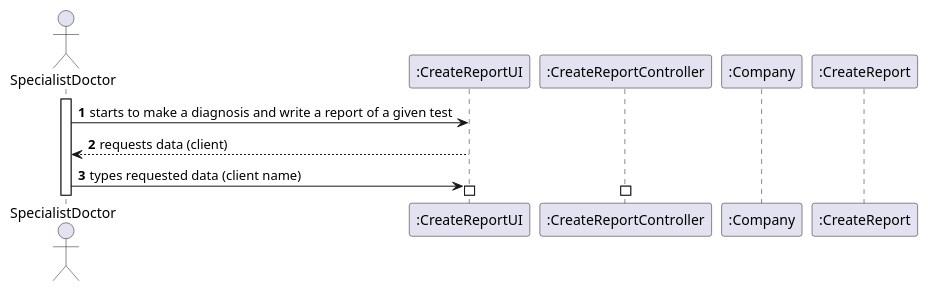
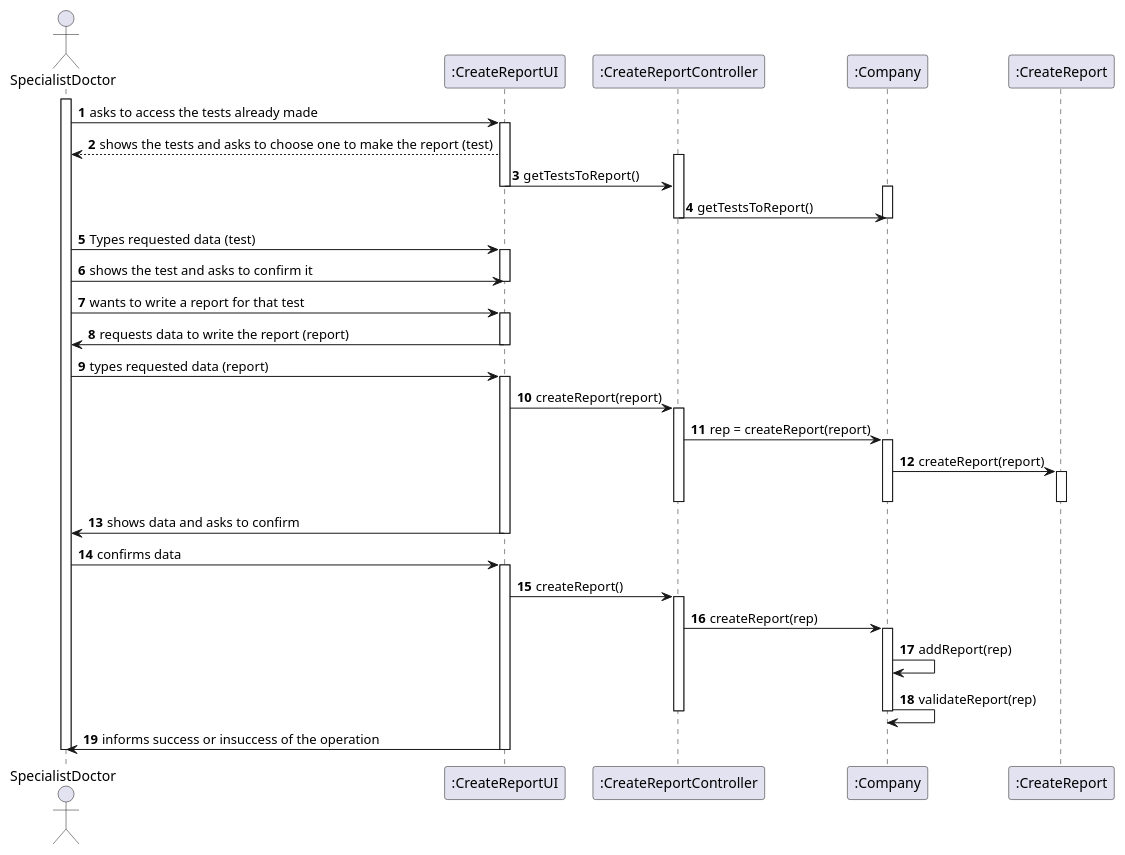
Before and after one commit to jsmarques98/LAPR2-ISEP: the diagram in docs/SprintC/US14/US14_SD.puml, drawn with PlantUML. The commit also changed 6 other files, not shown here.

```diff
--- a/docs/SprintC/US14/US14_SD.puml
+++ b/docs/SprintC/US14/US14_SD.puml
@@ -1,23 +1,103 @@
 @startuml
 autonumber
 
 actor "SpecialistDoctor" as Spec
 
 participant ":CreateReportUI" as UI
 participant ":CreateReportController" as CRC
 participant ":Company" as COM
 participant ":CreateReport" as CR
 
 activate Spec
 
-Spec -> UI : starts to make a diagnosis and write a report of a given test
-UI --> Spec : requests data (client)
-
-Spec -> UI : types requested data (client name)
+Spec -> UI : asks to access the tests already made
 
 activate UI
+
+UI --> Spec : shows the tests and asks to choose one to make the report (test)
+
 activate CRC
+
+UI -> CRC : getTestsToReport()
+
+deactivate UI
+activate COM
+
+CRC -> COM : getTestsToReport()
+
+deactivate CRC
+deactivate COM
+
+
+Spec -> UI : Types requested data (test)
+
+activate UI
+
+Spec -> UI : shows the test and asks to confirm it
+
+deactivate UI
+
+Spec -> UI : wants to write a report for that test
+
+activate UI
+
+UI -> Spec : requests data to write the report (report)
+
+deactivate UI
+
+Spec -> UI : types requested data (report)
+
+activate UI
+
+UI -> CRC : createReport(report)
+
+activate CRC
+
+CRC -> COM : rep = createReport(report)
+
+activate COM
+
+COM -> CR : createReport(report)
+
+activate CR
+
+deactivate CRC
+deactivate CR
+deactivate COM
+
+UI -> Spec : shows data and asks to confirm
+
+deactivate UI
+
+Spec -> UI : confirms data
+
+activate UI
+
+UI -> CRC : createReport()
+
+activate CRC
+
+CRC -> COM : createReport(rep)
+
+activate COM
+
+COM -> COM : addReport(rep)
+COM -> COM: validateReport(rep)
+
+deactivate COM
+deactivate CRC
+
+UI -> Spec : informs success or insuccess of the operation
+
+deactivate UI
+deactivate Spec
+
+
+
+
+
+
 
 
 
 @enduml
```
